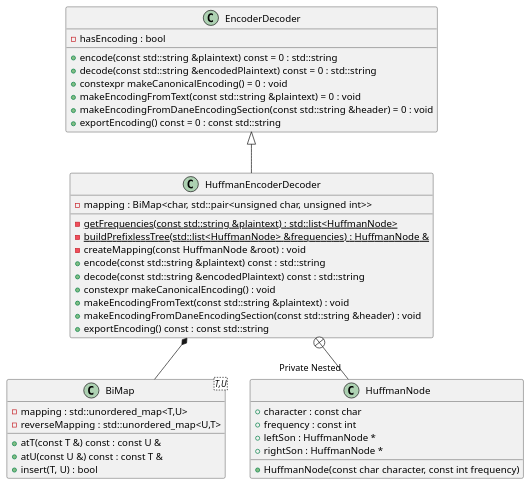
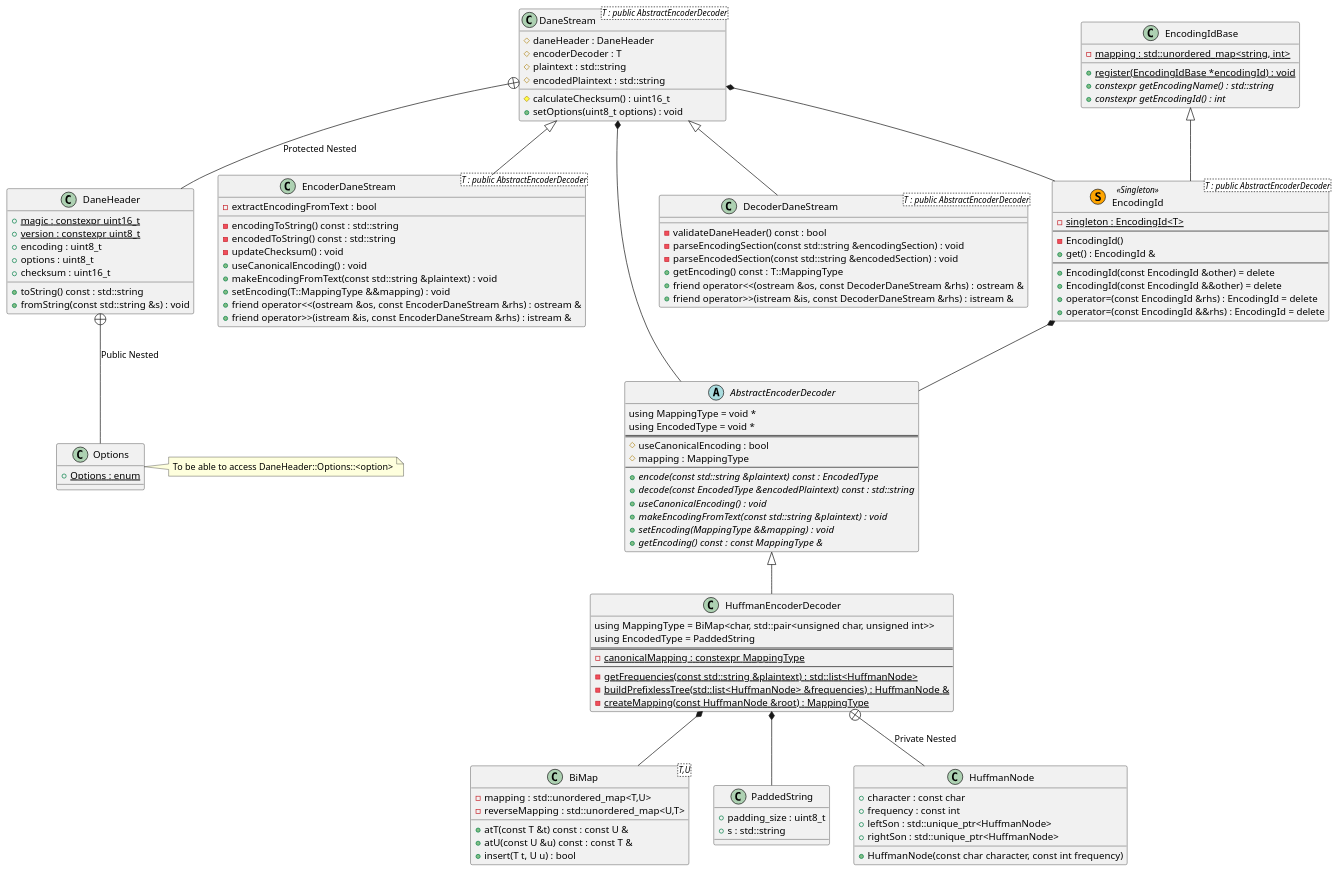
Before and after one commit to dan1994/cpp--dane: the diagram in docs/design.puml, drawn with PlantUML.

Commit message:
Design is good to go (or at least first go)

```diff
--- a/docs/design.puml
+++ b/docs/design.puml
@@ -1,44 +1,125 @@
 @startuml dane
 class BiMap<T,U> {
 	- {field}	mapping : std::unordered_map<T,U>
 	- {field}	reverseMapping : std::unordered_map<U,T>
-	+ {method}	atT(const T &) const : const U &
-	+ {method}	atU(const U &) const : const T &
-	+ {method}	insert(T, U) : bool
+	+ {method}	atT(const T &t) const : const U &
+	+ {method}	atU(const U &u) const : const T &
+	+ {method}	insert(T t, U u) : bool
 }
 
-class EncoderDecoder {
-	- {field}	hasEncoding : bool
-	+ {method}	encode(const std::string &plaintext) const = 0 : std::string
-	+ {method}	decode(const std::string &encodedPlaintext) const = 0 : std::string
-	+ {method}	constexpr makeCanonicalEncoding() = 0 : void
-	+ {method}	makeEncodingFromText(const std::string &plaintext) = 0 : void
-	+ {method}	makeEncodingFromDaneEncodingSection(const std::string &header) = 0 : void
-	+ {method}	exportEncoding() const = 0 : const std::string
+class PaddedString {
+	+ {field}	padding_size : uint8_t
+	+ {field}	s : std::string
 }
 
+abstract class AbstractEncoderDecoder {
+	using MappingType = void *
+	using EncodedType = void *
+	==
+	# {field}	useCanonicalEncoding : bool
+	# {field}	mapping : MappingType
+	--
+	+ {method}	{abstract} encode(const std::string &plaintext) const : EncodedType
+	+ {method}	{abstract} decode(const EncodedType &encodedPlaintext) const : std::string
+	+ {method}	{abstract} useCanonicalEncoding() : void
+	+ {method}	{abstract} makeEncodingFromText(const std::string &plaintext) : void
+	+ {method}	{abstract} setEncoding(MappingType &&mapping) : void
+	+ {method}	{abstract} getEncoding() const : const MappingType &
+}
+
+AbstractEncoderDecoder <|-- HuffmanEncoderDecoder
+HuffmanEncoderDecoder *-- BiMap
+HuffmanEncoderDecoder *-- PaddedString
+HuffmanEncoderDecoder +-- HuffmanNode : "Private Nested"
 class HuffmanEncoderDecoder {
-	- {field}	mapping : BiMap<char, std::pair<unsigned char, unsigned int>>
+	using MappingType = BiMap<char, std::pair<unsigned char, unsigned int>>
+	using EncodedType = PaddedString
+	==
+	- {field}	{static} canonicalMapping : constexpr MappingType
+	--
 	- {method}	{static} getFrequencies(const std::string &plaintext) : std::list<HuffmanNode>
 	- {method}	{static} buildPrefixlessTree(std::list<HuffmanNode> &frequencies) : HuffmanNode &
-	- {method}	createMapping(const HuffmanNode &root) : void
-	+ {method}	encode(const std::string &plaintext) const : std::string
-	+ {method}	decode(const std::string &encodedPlaintext) const : std::string
-	+ {method}	constexpr makeCanonicalEncoding() : void
-	+ {method}	makeEncodingFromText(const std::string &plaintext) : void
-	+ {method}	makeEncodingFromDaneEncodingSection(const std::string &header) : void
-	+ {method}	exportEncoding() const : const std::string
+	- {method}	{static} createMapping(const HuffmanNode &root) : MappingType
 }
 
 class HuffmanNode {
 	+ {field}	character : const char
 	+ {field}	frequency : const int
-	+ {field}	leftSon : HuffmanNode *
-	+ {field}	rightSon : HuffmanNode *
+	+ {field}	leftSon : std::unique_ptr<HuffmanNode>
+	+ {field}	rightSon : std::unique_ptr<HuffmanNode>
 	+ {method}	HuffmanNode(const char character, const int frequency)
 }
 
-EncoderDecoder <|-- HuffmanEncoderDecoder
-HuffmanEncoderDecoder *-- BiMap
-HuffmanEncoderDecoder +-- "Private Nested" HuffmanNode
+DaneStream +-- DaneHeader : Protected Nested
+class DaneHeader {
+	+ {field}	{static} magic : constexpr uint16_t
+	+ {field}	{static} version : constexpr uint8_t
+	+ {field}	encoding : uint8_t
+	+ {field}	options : uint8_t
+	+ {field}	checksum : uint16_t
+	+ {method}	toString() const : std::string
+	+ {method}	fromString(const std::string &s) : void
+}
+
+DaneHeader +-- Options : Public Nested
+note right of Options : To be able to access DaneHeader::Options::<option>
+class Options {
+	+ {field}	{static} Options : enum
+}
+
+DaneStream *-- AbstractEncoderDecoder
+DaneStream *-- EncodingId
+class DaneStream<T : public AbstractEncoderDecoder> {
+	# {field}	daneHeader : DaneHeader
+	# {field}	encoderDecoder : T
+	# {field}	plaintext : std::string
+	# {field}	encodedPlaintext : std::string
+	# {method}	calculateChecksum() : uint16_t
+	+ {method}	setOptions(uint8_t options) : void
+}
+
+DaneStream <|-- EncoderDaneStream
+class EncoderDaneStream<T : public AbstractEncoderDecoder> {
+	- {field}	extractEncodingFromText : bool
+	- {method}	encodingToString() const : std::string
+	- {method}	encodedToString() const : std::string
+	- {method}	updateChecksum() : void
+	+ {method}	useCanonicalEncoding() : void
+	+ {method}	makeEncodingFromText(const std::string &plaintext) : void
+	+ {method}	setEncoding(T::MappingType &&mapping) : void
+	+ {method}	friend operator<<(ostream &os, const EncoderDaneStream &rhs) : ostream &
+	+ {method}	friend operator>>(istream &is, const EncoderDaneStream &rhs) : istream &
+}
+
+DaneStream <|-- DecoderDaneStream
+class DecoderDaneStream<T : public AbstractEncoderDecoder> {
+	- {method}	validateDaneHeader() const : bool
+	- {method}	parseEncodingSection(const std::string &encodingSection) : void
+	- {method}	parseEncodedSection(const std::string &encodedSection) : void
+	+ {method}	getEncoding() const : T::MappingType
+	+ {method}	friend operator<<(ostream &os, const DecoderDaneStream &rhs) : ostream &
+	+ {method}	friend operator>>(istream &is, const DecoderDaneStream &rhs) : istream &
+}
+
+class EncodingIdBase {
+	- {field}	{static} mapping : std::unordered_map<string, int>
+	+ {method}	{static} register(EncodingIdBase *encodingId) : void
+	+ {method}	{abstract} constexpr getEncodingName() : std::string
+	+ {method}	{abstract} constexpr getEncodingId() : int
+}
+
+EncodingIdBase <|-- EncodingId
+EncodingId *-- AbstractEncoderDecoder
+class EncodingId<T : public AbstractEncoderDecoder> << (S,Orange) Singleton >> {
+	- {field}	{static} singleton : EncodingId<T>
+	--
+	- {method}	EncodingId()
+	+ {method}	get() : EncodingId &
+	--
+	+ {method}	EncodingId(const EncodingId &other) = delete
+	+ {method}	EncodingId(const EncodingId &&other) = delete
+	+ {method}	operator=(const EncodingId &rhs) : EncodingId = delete
+	+ {method}	operator=(const EncodingId &&rhs) : EncodingId = delete
+}
+
 @enduml
```
